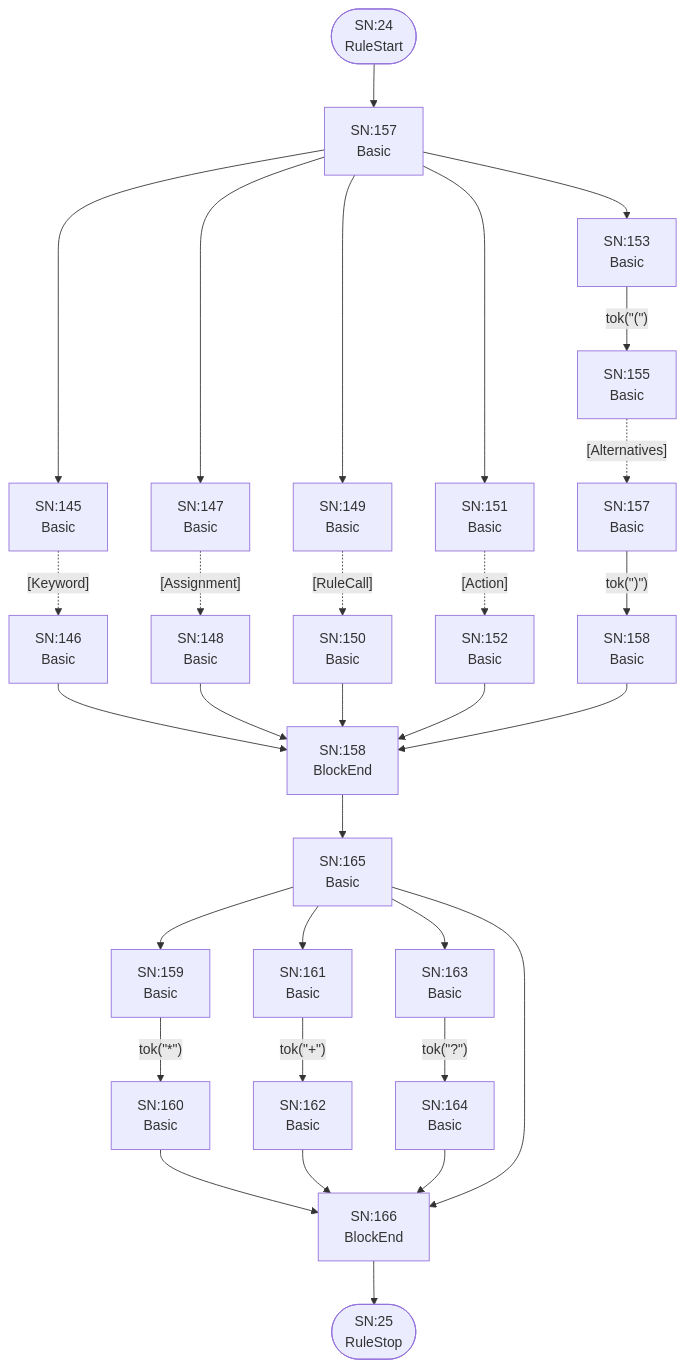
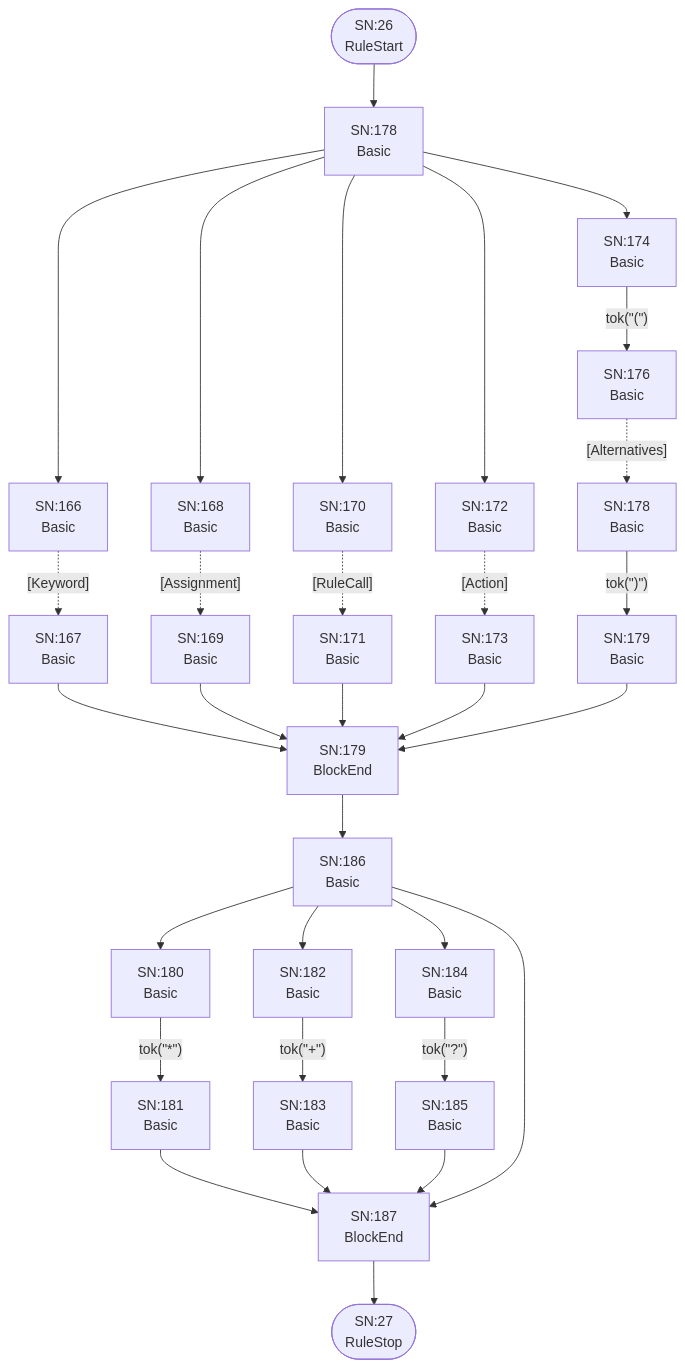
Diagram 14 of 26 in internal/grammar/atn.md (TypeFox/fastbelt), drawn with Mermaid before and after one commit. The commit also changed other lines of this file and 22 other files, not shown here.

````diff
--- a/internal/grammar/atn.md
+++ b/internal/grammar/atn.md
@@ -334,58 +386,58 @@
 ```mermaid
 flowchart TD
-    q24(["SN:24<br/>RuleStart"])
-    q25(["SN:25<br/>RuleStop"])
-    q145["SN:145<br/>Basic<br/>"]
-    q146["SN:146<br/>Basic<br/>"]
-    q147["SN:147<br/>Basic<br/>"]
-    q148["SN:148<br/>Basic<br/>"]
-    q149["SN:149<br/>Basic<br/>"]
-    q150["SN:150<br/>Basic<br/>"]
-    q151["SN:151<br/>Basic<br/>"]
-    q152["SN:152<br/>Basic<br/>"]
-    q153["SN:153<br/>Basic<br/>"]
-    q154["SN:155<br/>Basic<br/>"]
-    q155["SN:157<br/>Basic<br/>"]
-    q156["SN:158<br/>Basic<br/>"]
-    q157["SN:157<br/>Basic<br/>"]
-    q158["SN:158<br/>BlockEnd<br/>"]
-    q159["SN:159<br/>Basic<br/>"]
-    q160["SN:160<br/>Basic<br/>"]
-    q161["SN:161<br/>Basic<br/>"]
-    q162["SN:162<br/>Basic<br/>"]
-    q163["SN:163<br/>Basic<br/>"]
-    q164["SN:164<br/>Basic<br/>"]
-    q165["SN:165<br/>Basic<br/>"]
-    q166["SN:166<br/>BlockEnd<br/>"]
+    q26(["SN:26<br/>RuleStart"])
+    q27(["SN:27<br/>RuleStop"])
+    q166["SN:166<br/>Basic<br/>"]
+    q167["SN:167<br/>Basic<br/>"]
+    q168["SN:168<br/>Basic<br/>"]
+    q169["SN:169<br/>Basic<br/>"]
+    q170["SN:170<br/>Basic<br/>"]
+    q171["SN:171<br/>Basic<br/>"]
+    q172["SN:172<br/>Basic<br/>"]
+    q173["SN:173<br/>Basic<br/>"]
+    q174["SN:174<br/>Basic<br/>"]
+    q175["SN:176<br/>Basic<br/>"]
+    q176["SN:178<br/>Basic<br/>"]
+    q177["SN:179<br/>Basic<br/>"]
+    q178["SN:178<br/>Basic<br/>"]
+    q179["SN:179<br/>BlockEnd<br/>"]
+    q180["SN:180<br/>Basic<br/>"]
+    q181["SN:181<br/>Basic<br/>"]
+    q182["SN:182<br/>Basic<br/>"]
+    q183["SN:183<br/>Basic<br/>"]
+    q184["SN:184<br/>Basic<br/>"]
+    q185["SN:185<br/>Basic<br/>"]
+    q186["SN:186<br/>Basic<br/>"]
+    q187["SN:187<br/>BlockEnd<br/>"]
 
-    q24 --> q157
-    q145 -.->|"[Keyword]"| q146
-    q146 --> q158
-    q147 -.->|"[Assignment]"| q148
-    q148 --> q158
-    q149 -.->|"[RuleCall]"| q150
-    q150 --> q158
-    q151 -.->|"[Action]"| q152
-    q152 --> q158
-    q153 -->|"tok(&quot;(&quot;)"| q154
-    q154 -.->|"[Alternatives]"| q155
-    q155 -->|"tok(&quot;)&quot;)"| q156
-    q156 --> q158
-    q157 --> q145
-    q157 --> q147
-    q157 --> q149
-    q157 --> q151
-    q157 --> q153
-    q158 --> q165
-    q159 -->|"tok(&quot;*&quot;)"| q160
-    q160 --> q166
-    q161 -->|"tok(&quot;+&quot;)"| q162
-    q162 --> q166
-    q163 -->|"tok(&quot;?&quot;)"| q164
-    q164 --> q166
-    q165 --> q159
-    q165 --> q161
-    q165 --> q163
-    q165 --> q166
-    q166 --> q25
+    q26 --> q178
+    q166 -.->|"[Keyword]"| q167
+    q167 --> q179
+    q168 -.->|"[Assignment]"| q169
+    q169 --> q179
+    q170 -.->|"[RuleCall]"| q171
+    q171 --> q179
+    q172 -.->|"[Action]"| q173
+    q173 --> q179
+    q174 -->|"tok(&quot;(&quot;)"| q175
+    q175 -.->|"[Alternatives]"| q176
+    q176 -->|"tok(&quot;)&quot;)"| q177
+    q177 --> q179
+    q178 --> q166
+    q178 --> q168
+    q178 --> q170
+    q178 --> q172
+    q178 --> q174
+    q179 --> q186
+    q180 -->|"tok(&quot;*&quot;)"| q181
+    q181 --> q187
+    q182 -->|"tok(&quot;+&quot;)"| q183
+    q183 --> q187
+    q184 -->|"tok(&quot;?&quot;)"| q185
+    q185 --> q187
+    q186 --> q180
+    q186 --> q182
+    q186 --> q184
+    q186 --> q187
+    q187 --> q27
 ```
````
